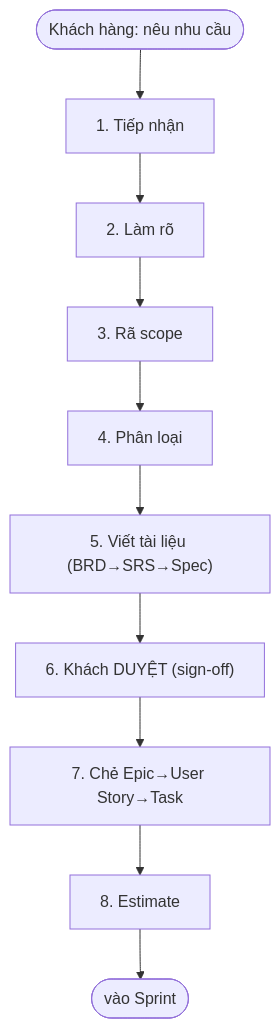
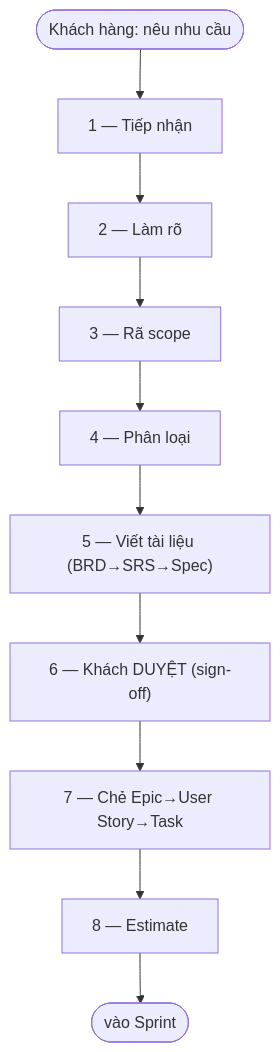
One commit to phanminhtai1029/obsidian-knowledge-base changed the first of 2 diagrams in 00-Foundations/03-Agile-Scrum/09-Tiep-nhan-va-Phan-tich-Yeu-cau.md. Above: the diagram before and after it, drawn with Mermaid. The commit also changed 5 other files, not shown here.

First line of the commit message:
Fix sơ đồ Mermaid: bỏ nhãn dạng "số." gây lỗi "Unsupported markdown: list" trên Obsidian

````diff
--- a/00-Foundations/03-Agile-Scrum/09-Tiep-nhan-va-Phan-tich-Yeu-cau.md
+++ b/00-Foundations/03-Agile-Scrum/09-Tiep-nhan-va-Phan-tich-Yeu-cau.md
@@ -23,9 +23,9 @@
 ```mermaid
 flowchart TD
-    KH(["Khách hàng: nêu nhu cầu"]) --> S1["1. Tiếp nhận"]
-    S1 --> S2["2. Làm rõ"] --> S3["3. Rã scope"] --> S4["4. Phân loại"]
-    S4 --> S5["5. Viết tài liệu (BRD→SRS→Spec)"]
-    S5 --> S6["6. Khách DUYỆT (sign-off)"]
-    S6 --> S7["7. Chẻ Epic→User Story→Task"]
-    S7 --> S8["8. Estimate"] --> SP(["vào Sprint"])
+    KH(["Khách hàng: nêu nhu cầu"]) --> S1["1 — Tiếp nhận"]
+    S1 --> S2["2 — Làm rõ"] --> S3["3 — Rã scope"] --> S4["4 — Phân loại"]
+    S4 --> S5["5 — Viết tài liệu (BRD→SRS→Spec)"]
+    S5 --> S6["6 — Khách DUYỆT (sign-off)"]
+    S6 --> S7["7 — Chẻ Epic→User Story→Task"]
+    S7 --> S8["8 — Estimate"] --> SP(["vào Sprint"])
 ```
````
